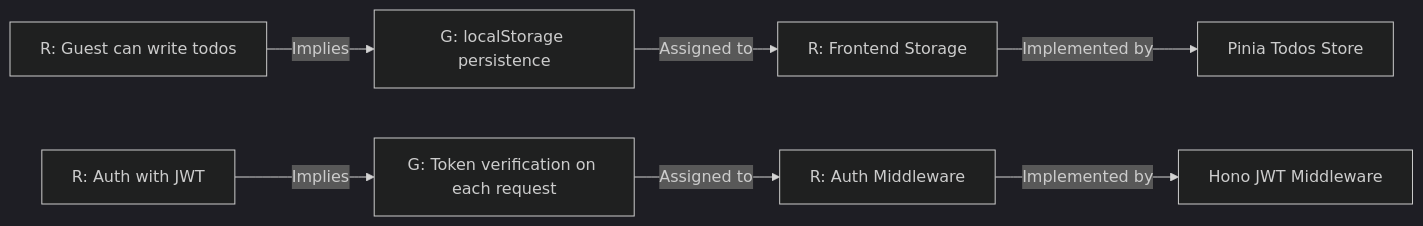
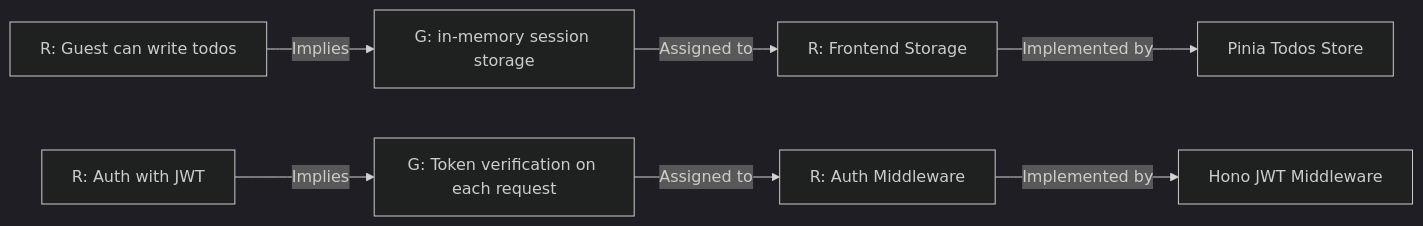
The first of 2 diagrams in docs/04_requirements_to_arch.md (YaogoGerard/Todogy), drawn with Mermaid (dark theme) before and after one commit. The commit also changed other lines of this file and 61 other files, not shown here.

````diff
--- a/docs/04_requirements_to_arch.md
+++ b/docs/04_requirements_to_arch.md
@@ -9,10 +9,10 @@
 ```mermaid
 graph LR
-    REQ["R: Guest can write todos"] -->|Implies| GUAR["G: localStorage persistence"]
+    REQ["R: Guest can write todos"] -->|Implies| GUAR["G: in-memory session storage"]
     GUAR -->|Assigned to| RESP["R: Frontend Storage"]
     RESP -->|Implemented by| COMP["Pinia Todos Store"]
 
     REQ2["R: Auth with JWT"] -->|Implies| GUAR2["G: Token verification on each request"]
     GUAR2 -->|Assigned to| RESP2["R: Auth Middleware"]
     RESP2 -->|Implemented by| COMP2["Hono JWT Middleware"]
 ```
````
